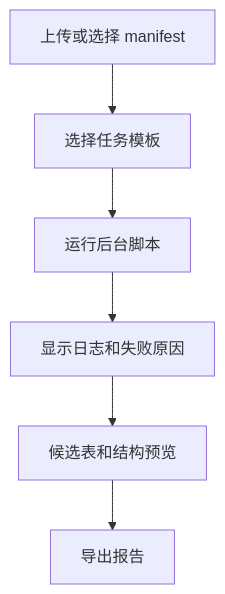
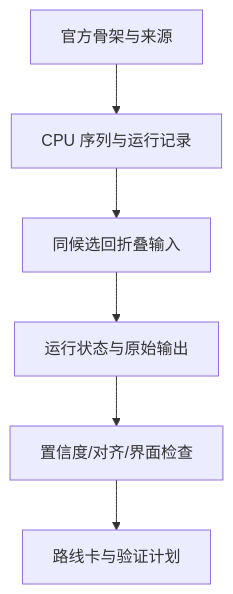
One commit to luvega/AI_MD changed the second of 2 diagrams in book/docs/chapters/chapter-11.md. Above: the diagram before and after it, drawn with Mermaid. The commit also changed other lines of this file and 692 other files, not shown here.

````diff
--- a/book/docs/chapters/chapter-11.md
+++ b/book/docs/chapters/chapter-11.md
@@ -211,8 +175,8 @@
 ```mermaid
 flowchart TD
-  A["上传或选择 manifest"] --> B["选择任务模板"]
-  B --> C["运行后台脚本"]
-  C --> D["显示日志和失败原因"]
-  D --> E["候选表和结构预览"]
-  E --> F["导出报告"]
+  A[官方骨架与来源] --> B[CPU 序列与运行记录]
+  B --> C[同候选回折叠输入]
+  C --> D[运行状态与原始输出]
+  D --> E[置信度/对齐/界面检查]
+  E --> F[路线卡与验证计划]
 ```
````
